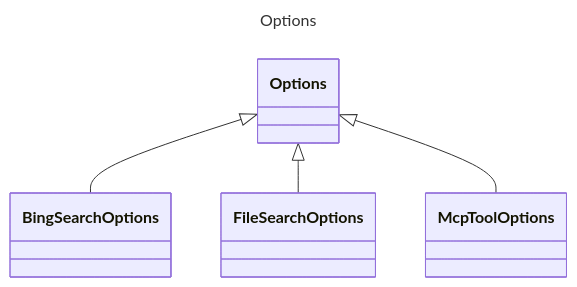
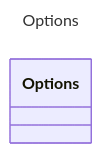
The diagram in specification/prompty/docs/Options.md (microsoft/prompty), drawn with Mermaid before and after one commit. The commit also changed 22 other files, not shown here.

Commit message:
corrected class diagrams

````diff
--- a/specification/prompty/docs/Options.md
+++ b/specification/prompty/docs/Options.md
@@ -17,11 +17,8 @@
 ```mermaid
 ---
 title: Options
 ---
 classDiagram
     class Options {
     }
-    Options <|-- BingSearchOptions
-    Options <|-- FileSearchOptions
-    Options <|-- McpToolOptions
 ```
````
